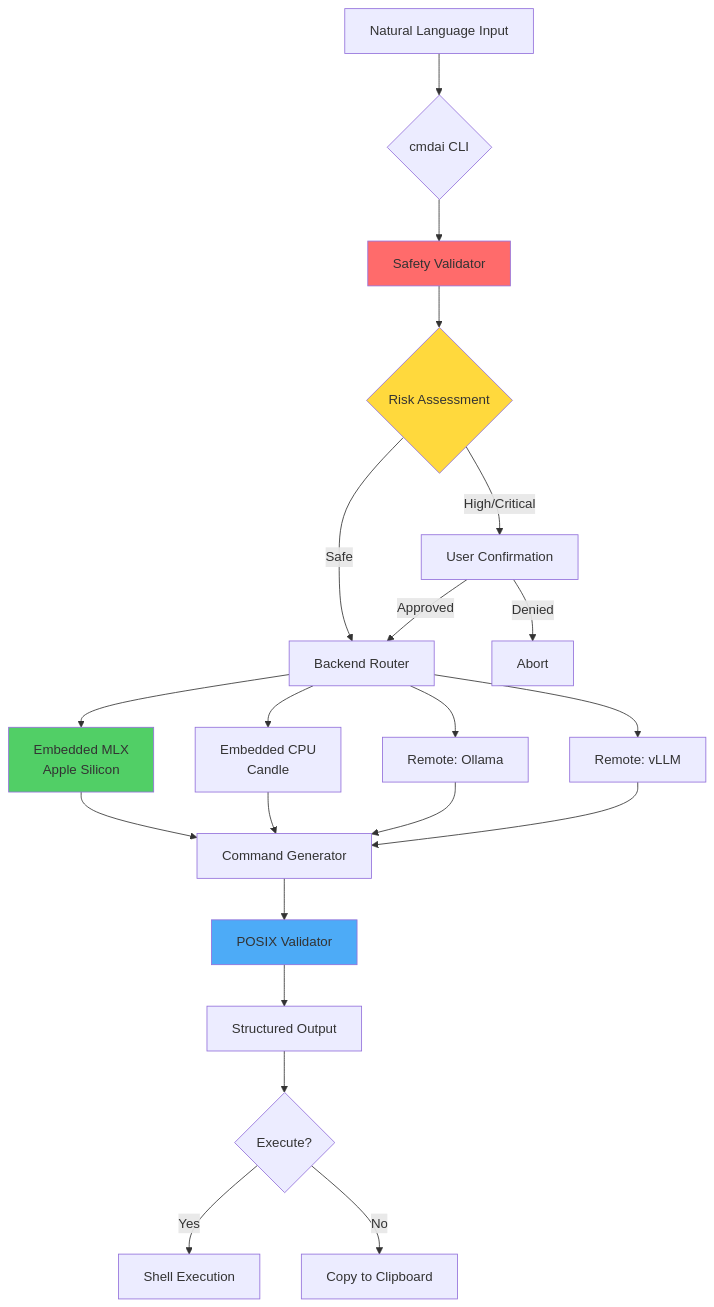
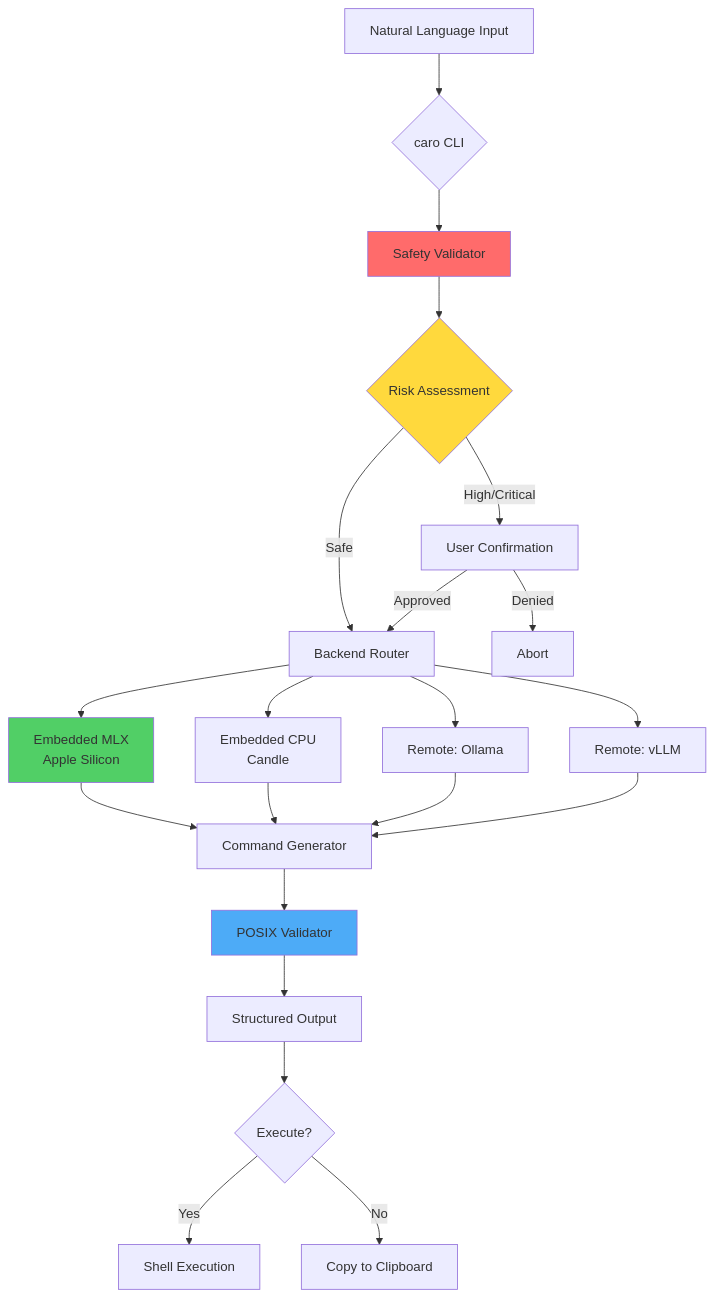
One commit to wildcard/caro changed the first of 3 diagrams in presentation/slides.md. Above: the diagram before and after it, drawn with Mermaid. The commit also changed other lines of this file and 130 other files, not shown here.

First line of the commit message:
docs: Rename all cmdai references to caro across codebase

````diff
--- a/presentation/slides.md
+++ b/presentation/slides.md
@@ -298,31 +298,31 @@
 ```mermaid {scale: 0.29}
 graph TB
-    A[Natural Language Input] --> B{cmdai CLI}
+    A[Natural Language Input] --> B{caro CLI}
     B --> C[Safety Validator]
     C --> D{Risk Assessment}
     D -->|Safe| E[Backend Router]
     D -->|High/Critical| F[User Confirmation]
     F -->|Approved| E
     F -->|Denied| G[Abort]
     
     E --> H[Embedded MLX<br/>Apple Silicon]
     E --> I[Embedded CPU<br/>Candle]
     E --> J[Remote: Ollama]
     E --> K[Remote: vLLM]
     
     H --> L[Command Generator]
     I --> L
     J --> L
     K --> L
     
     L --> M[POSIX Validator]
     M --> N[Structured Output]
     N --> O{Execute?}
     O -->|Yes| P[Shell Execution]
     O -->|No| Q[Copy to Clipboard]
     
     style C fill:#ff6b6b
     style D fill:#ffd93d
     style H fill:#51cf66
     style M fill:#4dabf7
 ```
````
